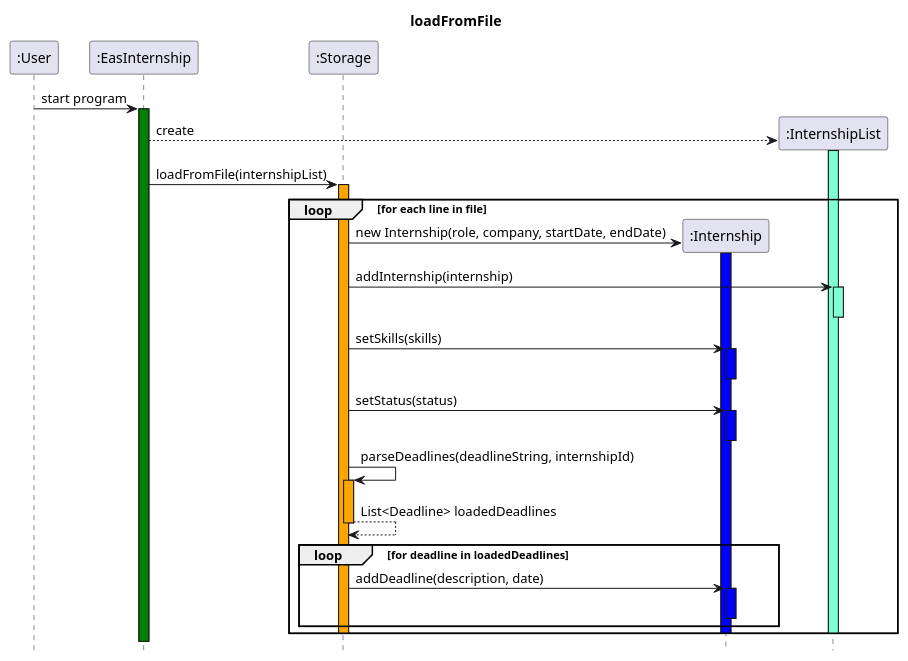
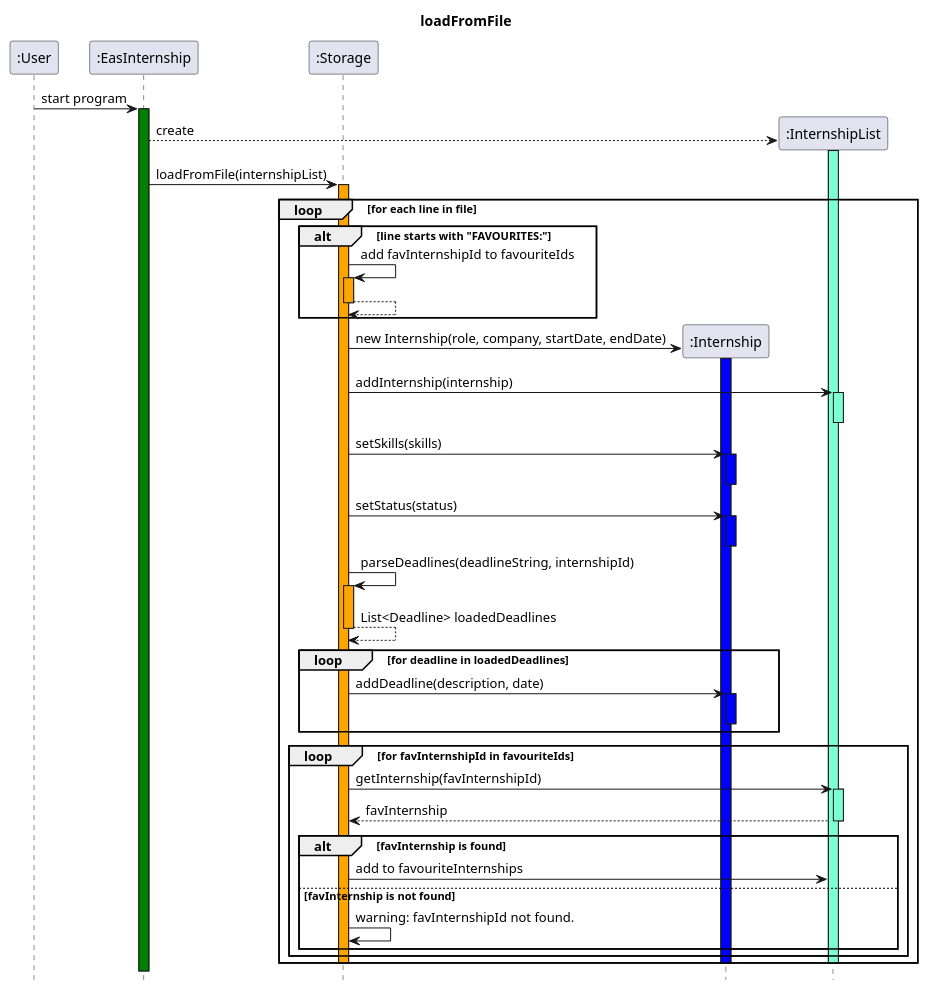
Before and after one commit to nus-cs2113-AY2425S1/tp: the diagram in docs/UML/loadFromFile.puml, drawn with PlantUML. The commit also changed 1 other file, not shown here.

```diff
--- a/docs/UML/loadFromFile.puml
+++ b/docs/UML/loadFromFile.puml
@@ -1,47 +1,69 @@
 @startuml
 Title loadFromFile
 hide footbox
 participant ":User"
 participant ":EasInternship"
 participant ":Storage"
 participant ":Internship"
 participant ":InternshipList"
 
 ":User"->":EasInternship": start program
 activate ":EasInternship" #green
 ":EasInternship"-->":InternshipList" **: create
 activate ":InternshipList" #aquamarine
 deactivate ":InternshipList"
 ":EasInternship"->":Storage": loadFromFile(internshipList)
 activate ":Storage" #orange
 
 loop for each line in file
+
+    alt line starts with "FAVOURITES:"
+        ":Storage" -> ":Storage" : add favInternshipId to favouriteIds
+        activate ":Storage" #orange
+        return
+
+        end
+
     ":Storage"-> ":Internship" **: new Internship(role, company, startDate, endDate)
     activate ":Internship" #blue
     ":Storage"->":InternshipList": addInternship(internship)
     activate ":InternshipList" #aquamarine
     deactivate ":InternshipList"
     ":Storage" -> ":Internship" :setSkills(skills)
     activate ":Internship" #blue
     deactivate ":Internship"
     ":Storage" -> ":Internship" : setStatus(status)
     activate ":Internship" #blue
     deactivate ":Internship"
 
     ":Storage" -> ":Storage": parseDeadlines(deadlineString, internshipId)
     activate ":Storage" #orange
     return List<Deadline> loadedDeadlines
     loop for deadline in loadedDeadlines
         ":Storage" -> ":Internship" : addDeadline(description, date)
         activate ":Internship" #blue
         deactivate ":Internship"
     end
 
+    loop for favInternshipId in favouriteIds
+        ":Storage" -> ":InternshipList" : getInternship(favInternshipId)
+        activate ":InternshipList" #aquamarine
+        ":InternshipList" --> ":Storage" : favInternship
+        deactivate ":InternshipList"
+
+        alt favInternship is found
+            ":Storage" -> ":InternshipList" : add to favouriteInternships
+        else favInternship is not found
+            ":Storage" -> ":Storage" : warning: favInternshipId not found.
+        end
+
+    end
+
         deactivate ":Storage"
         deactivate ":Internship"
         deactivate ":InternshipList"
 end
 deactivate ":Storage"
 
 
 @enduml
```
